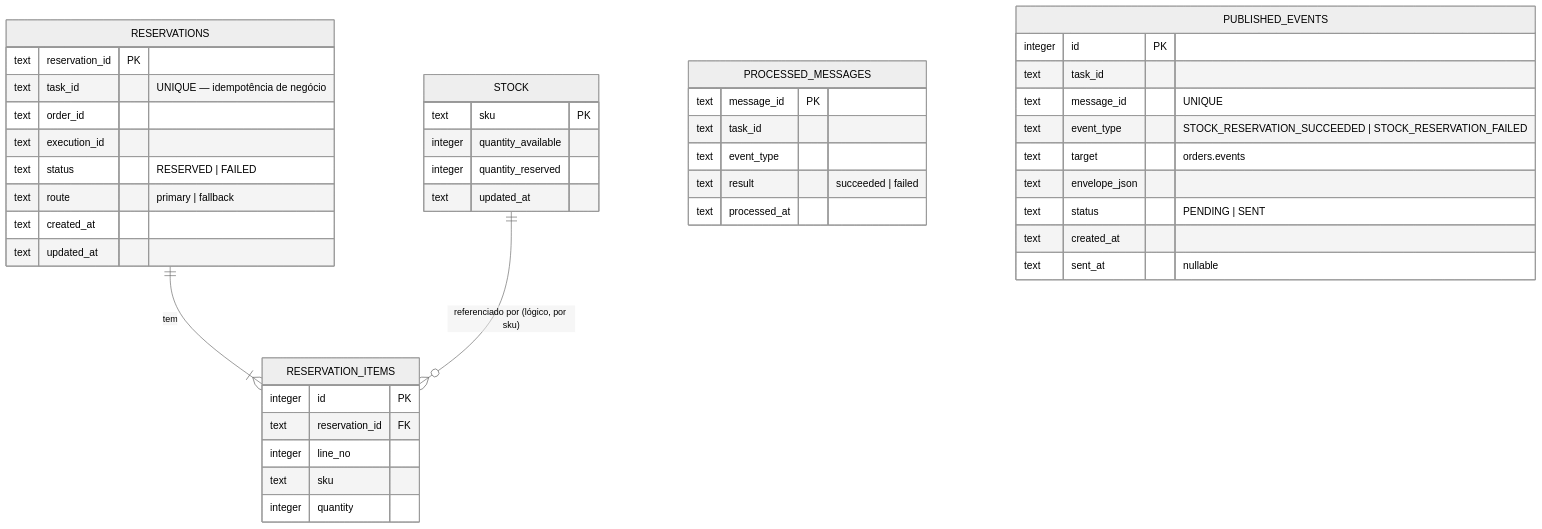
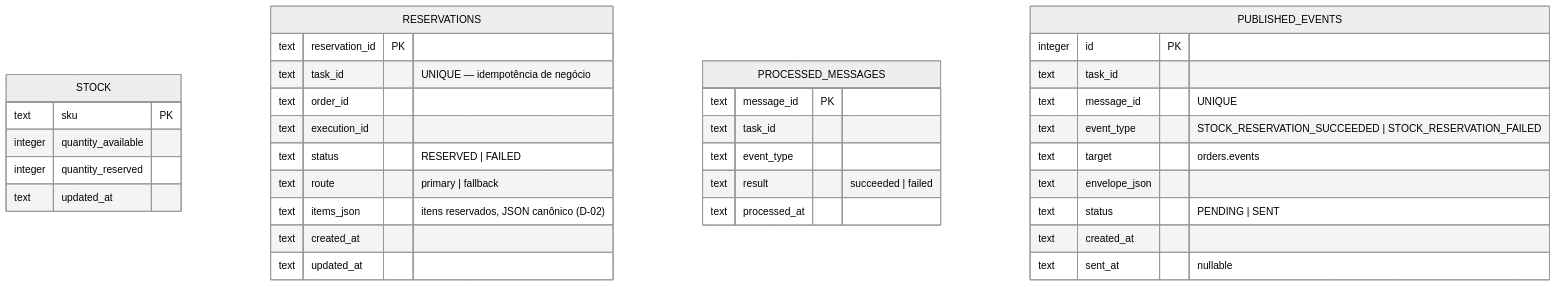
Before and after one commit to jorrevicz/rule2llm-orch-lab: the second of 3 diagrams in docs/08-modelo-de-dados-mer.md, drawn with Mermaid (neutral theme). The commit also changed other lines of this file and 3 other files, not shown here.

First line of the commit message:
docs(decisoes): guarda itens de pedido e reserva como JSON [D-02]

````diff
--- a/docs/08-modelo-de-dados-mer.md
+++ b/docs/08-modelo-de-dados-mer.md
@@ -199,51 +189,41 @@
 ```mermaid
 erDiagram
-    RESERVATIONS ||--|{ RESERVATION_ITEMS : "tem"
-    STOCK ||--o{ RESERVATION_ITEMS : "referenciado por (lógico, por sku)"
-
     STOCK {
         text sku PK
         integer quantity_available
         integer quantity_reserved
         text updated_at
     }
 
     RESERVATIONS {
         text reservation_id PK
         text task_id "UNIQUE — idempotência de negócio"
         text order_id
         text execution_id
         text status "RESERVED | FAILED"
         text route "primary | fallback"
+        text items_json "itens reservados, JSON canônico (D-02)"
         text created_at
         text updated_at
-    }
-
-    RESERVATION_ITEMS {
-        integer id PK
-        text reservation_id FK
-        integer line_no
-        text sku
-        integer quantity
     }
 
     PROCESSED_MESSAGES {
         text message_id PK
         text task_id
         text event_type
         text result "succeeded | failed"
         text processed_at
     }
 
     PUBLISHED_EVENTS {
         integer id PK
         text task_id
         text message_id "UNIQUE"
         text event_type "STOCK_RESERVATION_SUCCEEDED | STOCK_RESERVATION_FAILED"
         text target "orders.events"
         text envelope_json
         text status "PENDING | SENT"
         text created_at
         text sent_at "nullable"
     }
 ```
````
